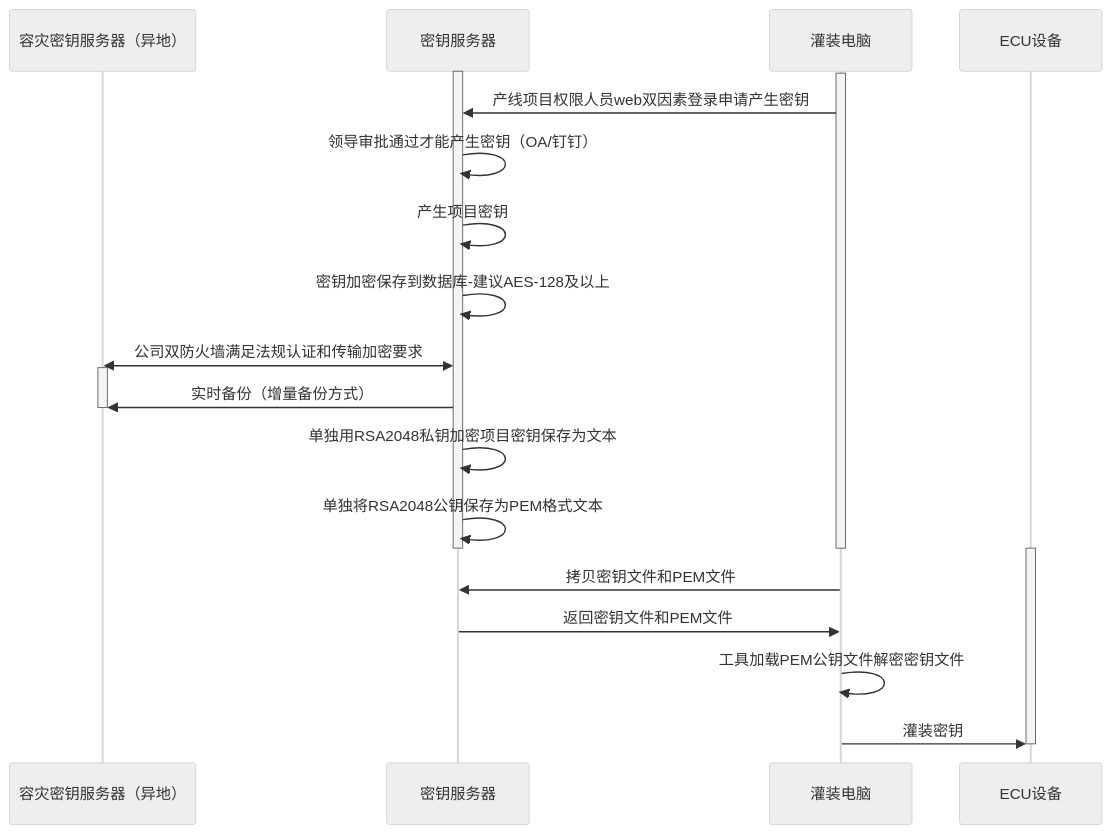
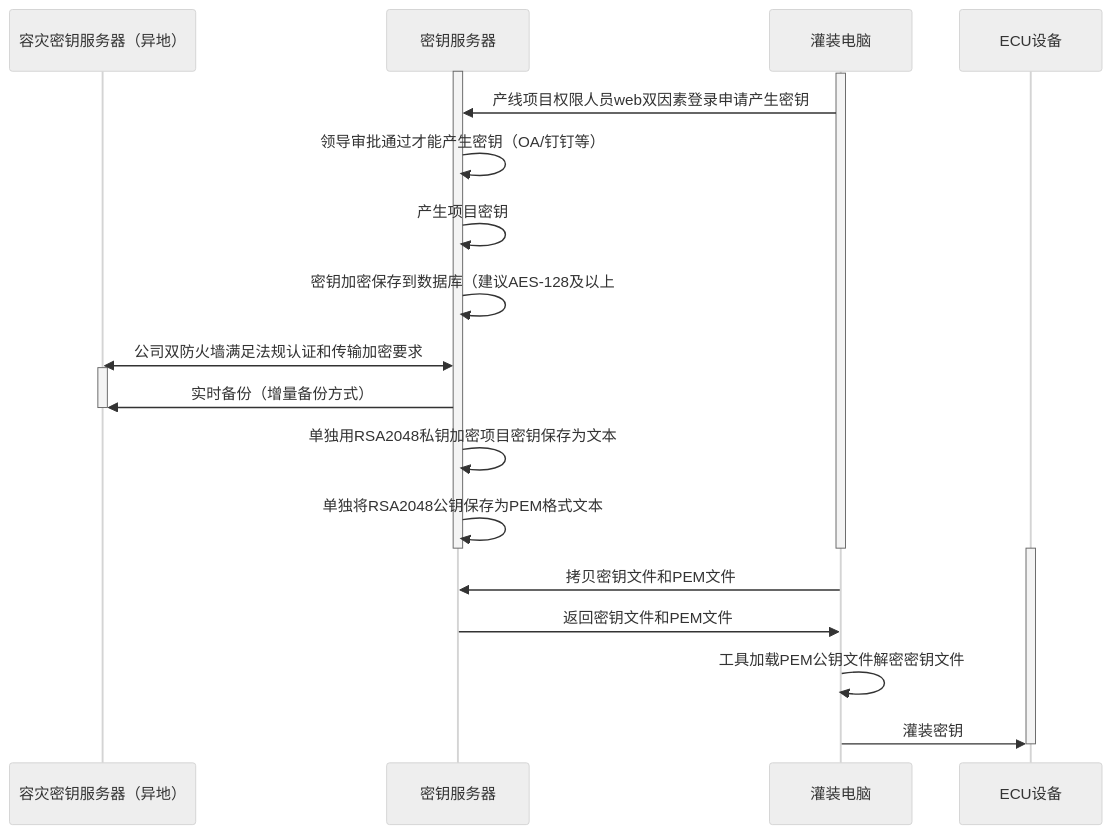
The diagram in all/未命名-15.md (facebook-cloud/iodraw-files), drawn with Mermaid (neutral theme) before and after one commit.

Commit message:
2026-02-11 19:28:52 update

````diff
--- a/all/未命名-15.md
+++ b/all/未命名-15.md
@@ -1,31 +1,31 @@
 ```mermaid
 sequenceDiagram
     participant A as 容灾密钥服务器（异地）
     participant B as 密钥服务器
     participant D as 灌装电脑
     participant E as ECU设备
 
     activate B
     activate D
     D->>B: 产线项目权限人员web双因素登录申请产生密钥
-    B->>B: 领导审批通过才能产生密钥（OA/钉钉）
+    B->>B: 领导审批通过才能产生密钥（OA/钉钉等）
     B->>B: 产生项目密钥
-    B->>B: 密钥加密保存到数据库-建议AES-128及以上
+    B->>B: 密钥加密保存到数据库（建议AES-128及以上
     A<<->>B: 公司双防火墙满足法规认证和传输加密要求
 
     activate A
     B->>A: 实时备份（增量备份方式）
     deactivate A
     B->>B: 单独用RSA2048私钥加密项目密钥保存为文本
     B->>B: 单独将RSA2048公钥保存为PEM格式文本
     deactivate B
     deactivate D
 
     activate E
     D->>B: 拷贝密钥文件和PEM文件
     B->>D: 返回密钥文件和PEM文件
     D->>D:工具加载PEM公钥文件解密密钥文件
     D->>E: 灌装密钥
     deactivate E
 
 ```
````
